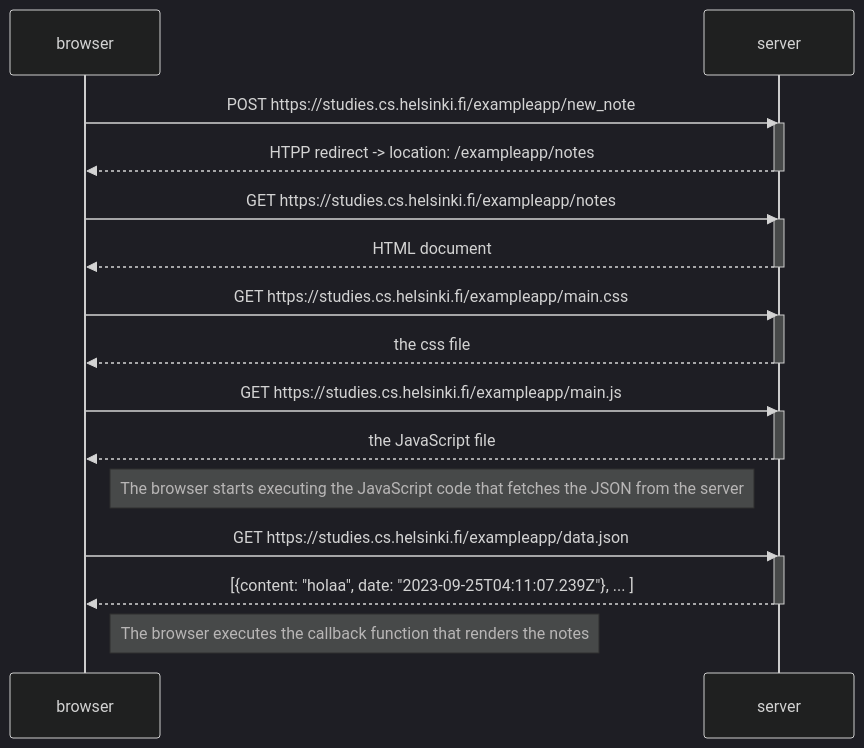
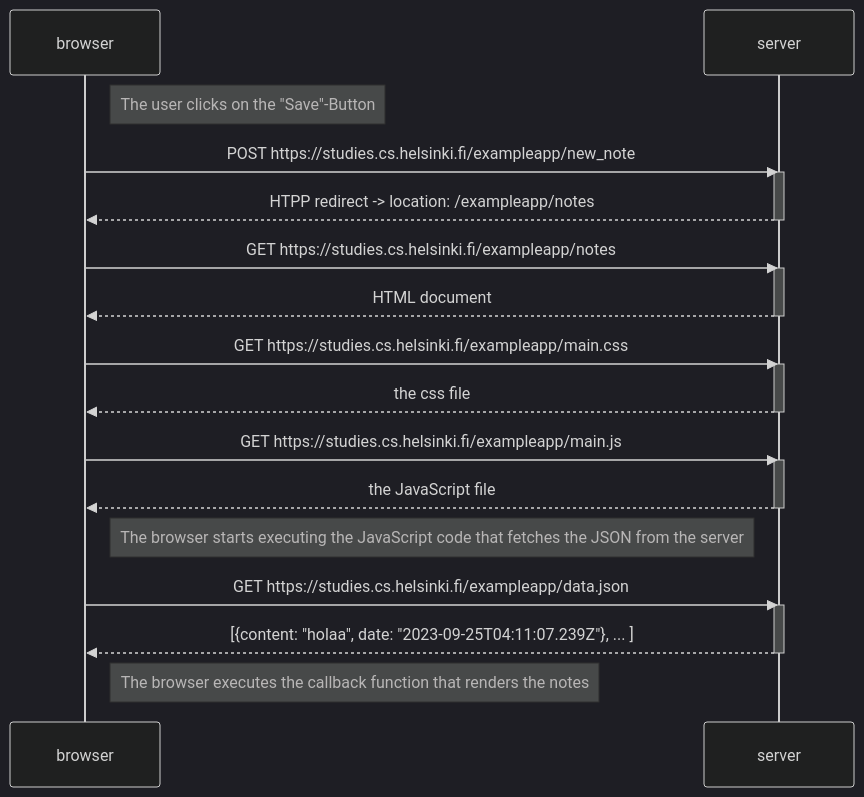
The diagram in part0/NewNode_Diagram.md (illestefan/FullstackOpen), drawn with Mermaid (dark theme) before and after one commit. The commit also changed 1 other file, not shown here.

Commit message:
fixes to the diagrams

````diff
--- a/part0/NewNode_Diagram.md
+++ b/part0/NewNode_Diagram.md
@@ -1,34 +1,36 @@
 ```mermaid
 sequenceDiagram
     participant browser
     participant server
+
+    Note right of browser: The user clicks on the "Save"-Button
 
     browser->>server: POST https://studies.cs.helsinki.fi/exampleapp/new_note
     activate server
     server-->>browser: HTPP redirect -> location: /exampleapp/notes
     deactivate server
 
     browser->>server: GET https://studies.cs.helsinki.fi/exampleapp/notes
     activate server
     server-->>browser: HTML document
     deactivate server
 
     browser->>server: GET https://studies.cs.helsinki.fi/exampleapp/main.css
     activate server
     server-->>browser: the css file
     deactivate server
 
     browser->>server: GET https://studies.cs.helsinki.fi/exampleapp/main.js
     activate server
     server-->>browser: the JavaScript file
     deactivate server
 
     Note right of browser: The browser starts executing the JavaScript code that fetches the JSON from the server
 
     browser->>server: GET https://studies.cs.helsinki.fi/exampleapp/data.json
     activate server
     server-->>browser: [{content: "holaa", date: "2023-09-25T04:11:07.239Z"}, ... ]
     deactivate server
 
     Note right of browser: The browser executes the callback function that renders the notes
 ```
````
